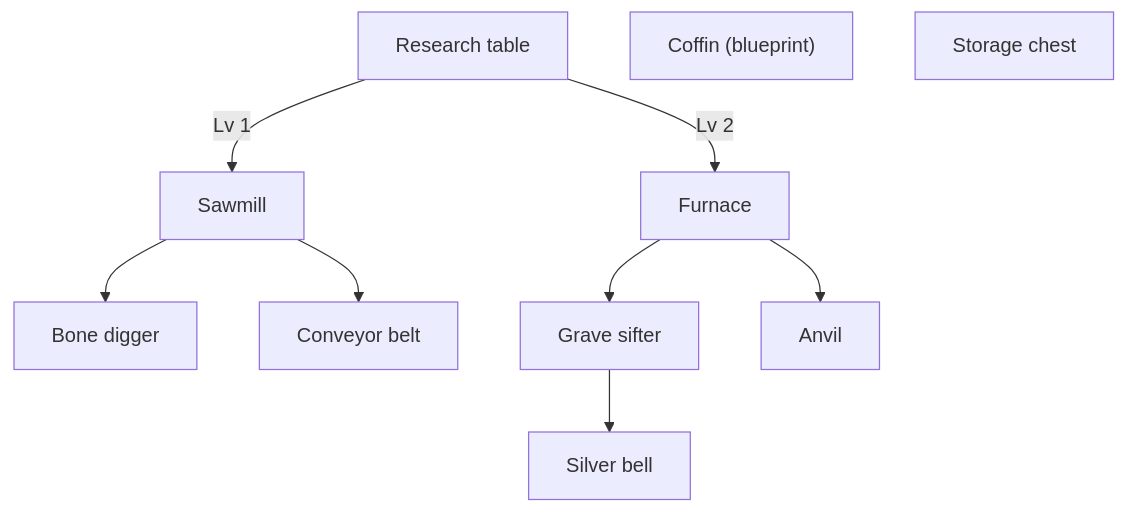
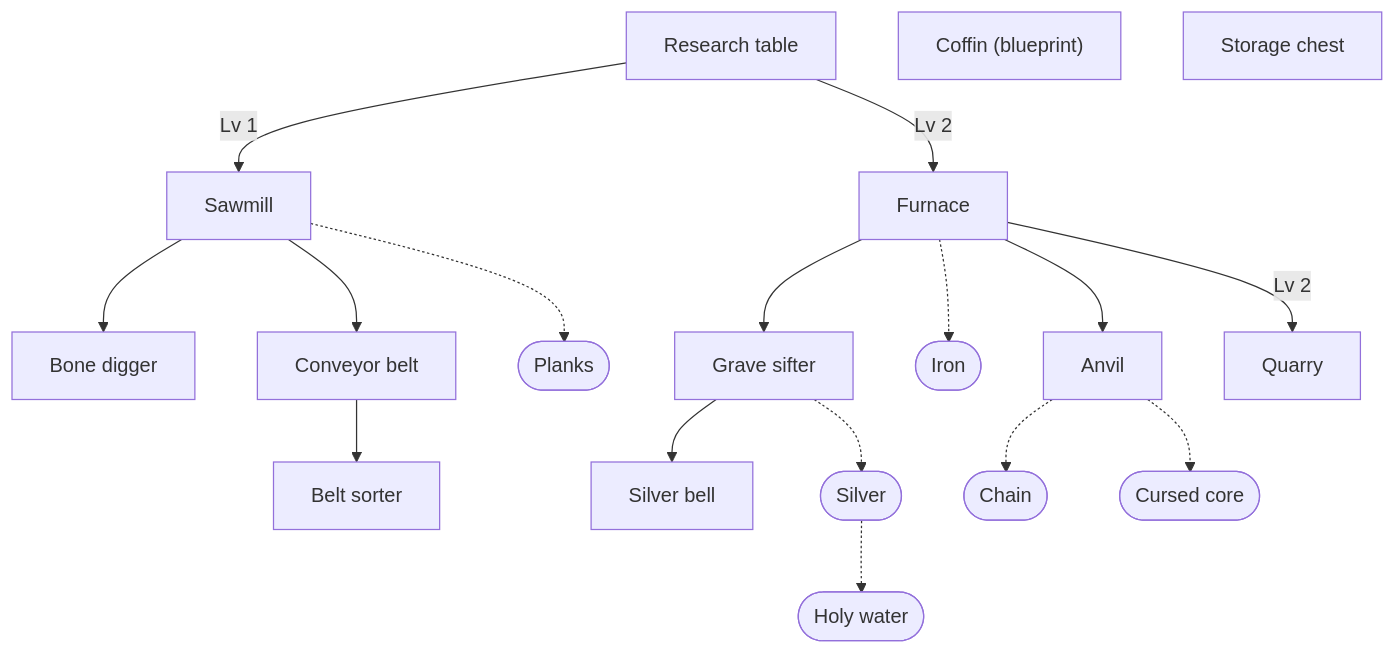
The fifth of 6 diagrams in docs/skill-tree.md (andyruwruw/grave-robbers), drawn with Mermaid before and after one commit. The commit also changed other lines of this file and 772 other files, not shown here.

````diff
--- a/docs/skill-tree.md
+++ b/docs/skill-tree.md
@@ -113,9 +132,15 @@
 ```mermaid
 flowchart TD
   Table[Research table] -->|Lv 1| Sawmill --> Digger[Bone digger]
-  Sawmill --> Belt[Conveyor belt]
+  Sawmill --> Belt[Conveyor belt] --> Sorter[Belt sorter]
+  Sawmill -.-> Planks([Planks])
   Table -->|Lv 2| Furnace --> Sifter[Grave sifter] --> Bell[Silver bell]
+  Furnace -.-> Iron([Iron])
+  Sifter -.-> Silver([Silver]) -.-> Holy([Holy water])
   Furnace --> Anvil
+  Anvil -.-> Chain([Chain])
+  Anvil -.-> Core([Cursed core])
+  Furnace -->|Lv 2| Quarry
   Coffin["Coffin (blueprint)"]
   Stash[Storage chest]
 ```
````
